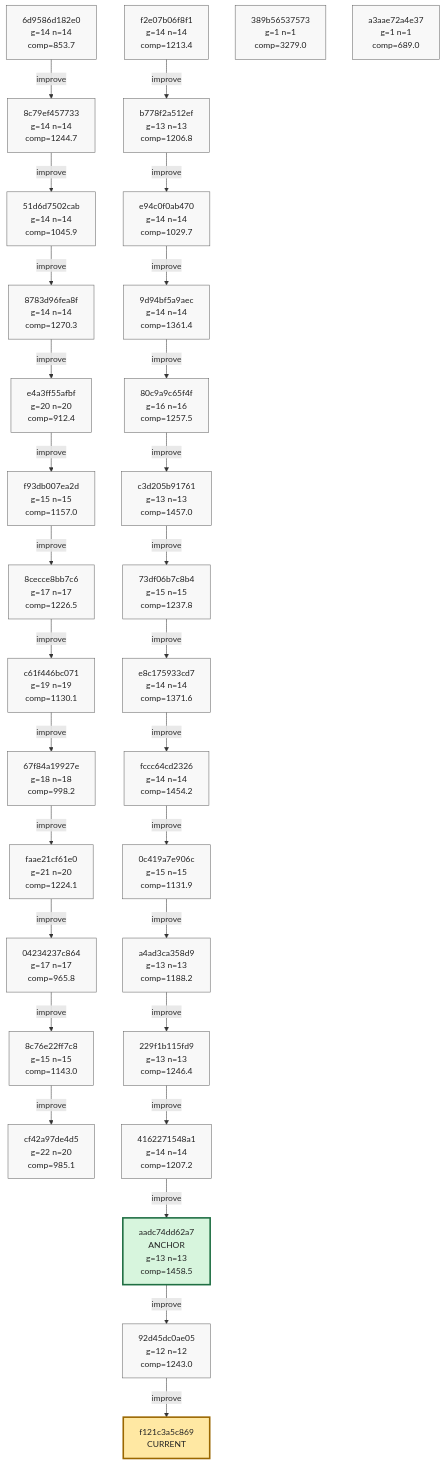
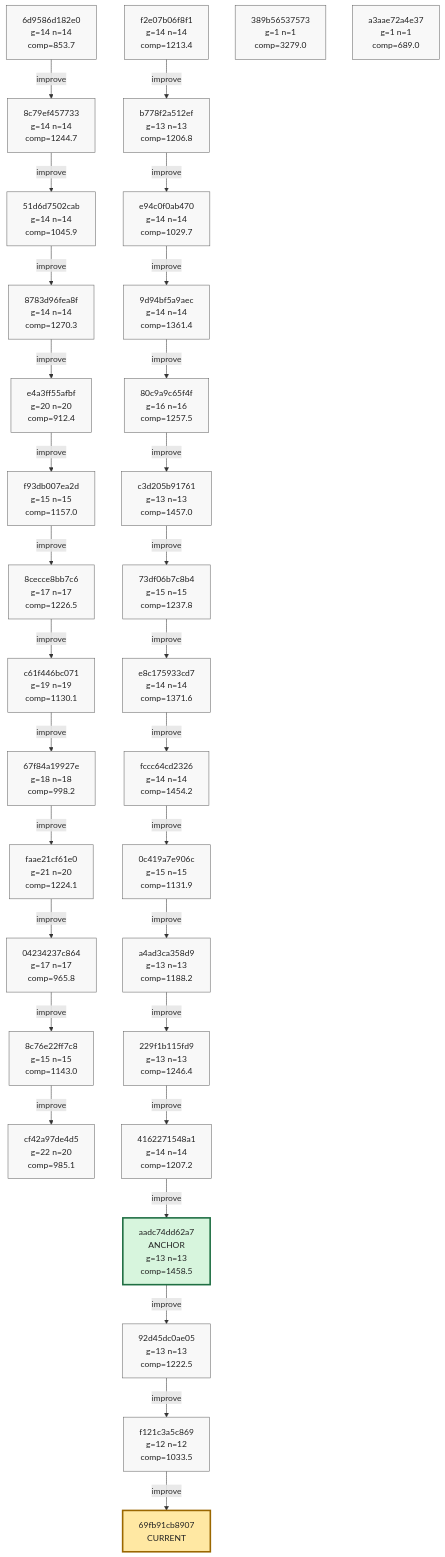
One commit to azumag/soviet_now changed the eighth of 8 diagrams in phyrogenetic-tree.md. Above: the diagram before and after it, drawn with Mermaid. The commit also changed other lines of this file and 2 other files, not shown here.

Commit message:
eloop Improve after 12 games (scores: 813 1547 1415 1011 1125 686 2073 694 1039 1242 996 1293)

````diff
--- a/phyrogenetic-tree.md
+++ b/phyrogenetic-tree.md
@@ -1941,10 +1940,11 @@
     h_229f1b115fd9["229f1b115fd9<br/>g=13 n=13<br/>comp=1246.4"]
     h_4162271548a1["4162271548a1<br/>g=14 n=14<br/>comp=1207.2"]
     h_aadc74dd62a7["aadc74dd62a7<br/>ANCHOR<br/>g=13 n=13<br/>comp=1458.5"]
-    h_92d45dc0ae05["92d45dc0ae05<br/>g=12 n=12<br/>comp=1243.0"]
+    h_92d45dc0ae05["92d45dc0ae05<br/>g=13 n=13<br/>comp=1222.5"]
+    h_f121c3a5c869["f121c3a5c869<br/>g=12 n=12<br/>comp=1033.5"]
     h_389b56537573["389b56537573<br/>g=1 n=1<br/>comp=3279.0"]
     h_a3aae72a4e37["a3aae72a4e37<br/>g=1 n=1<br/>comp=689.0"]
-    h_f121c3a5c869["f121c3a5c869<br/>CURRENT"]
+    h_69fb91cb8907["69fb91cb8907<br/>CURRENT"]
 
     h_6d9586d182e0 -->|improve| h_8c79ef457733
     h_8c79ef457733 -->|improve| h_51d6d7502cab
@@ -1973,6 +1973,7 @@
     h_4162271548a1 -->|improve| h_aadc74dd62a7
     h_aadc74dd62a7 -->|improve| h_92d45dc0ae05
     h_92d45dc0ae05 -->|improve| h_f121c3a5c869
+    h_f121c3a5c869 -->|improve| h_69fb91cb8907
 
     classDef plain fill:#f8f8f8,stroke:#666,stroke-width:1px,color:#222;
     classDef current fill:#ffe8a3,stroke:#9a6700,stroke-width:3px,color:#222;
@@ -2007,7 +2008,8 @@
     class h_4162271548a1 plain;
     class h_aadc74dd62a7 anchor;
     class h_92d45dc0ae05 plain;
+    class h_f121c3a5c869 plain;
     class h_389b56537573 plain;
     class h_a3aae72a4e37 plain;
-    class h_f121c3a5c869 current;
+    class h_69fb91cb8907 current;
 ```
````
